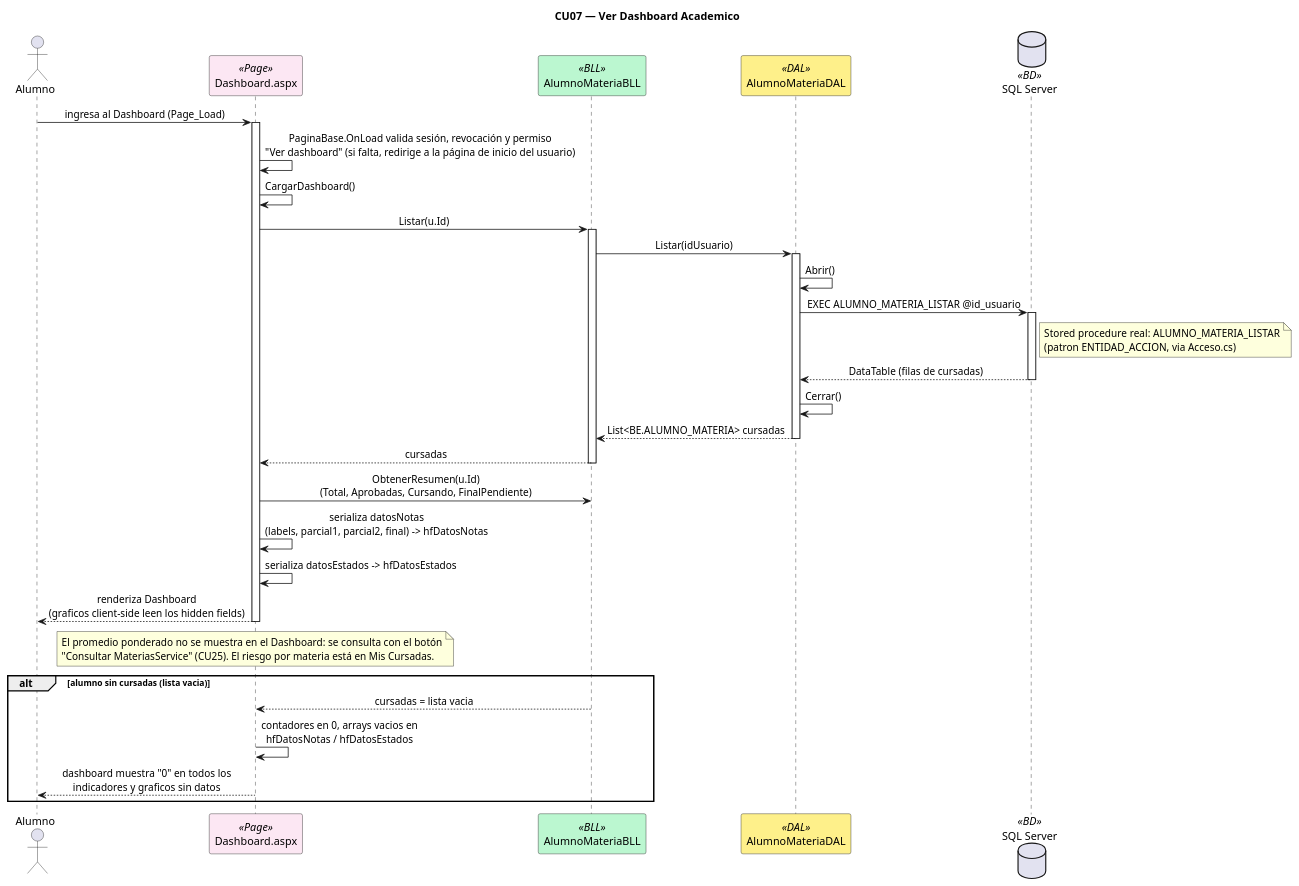
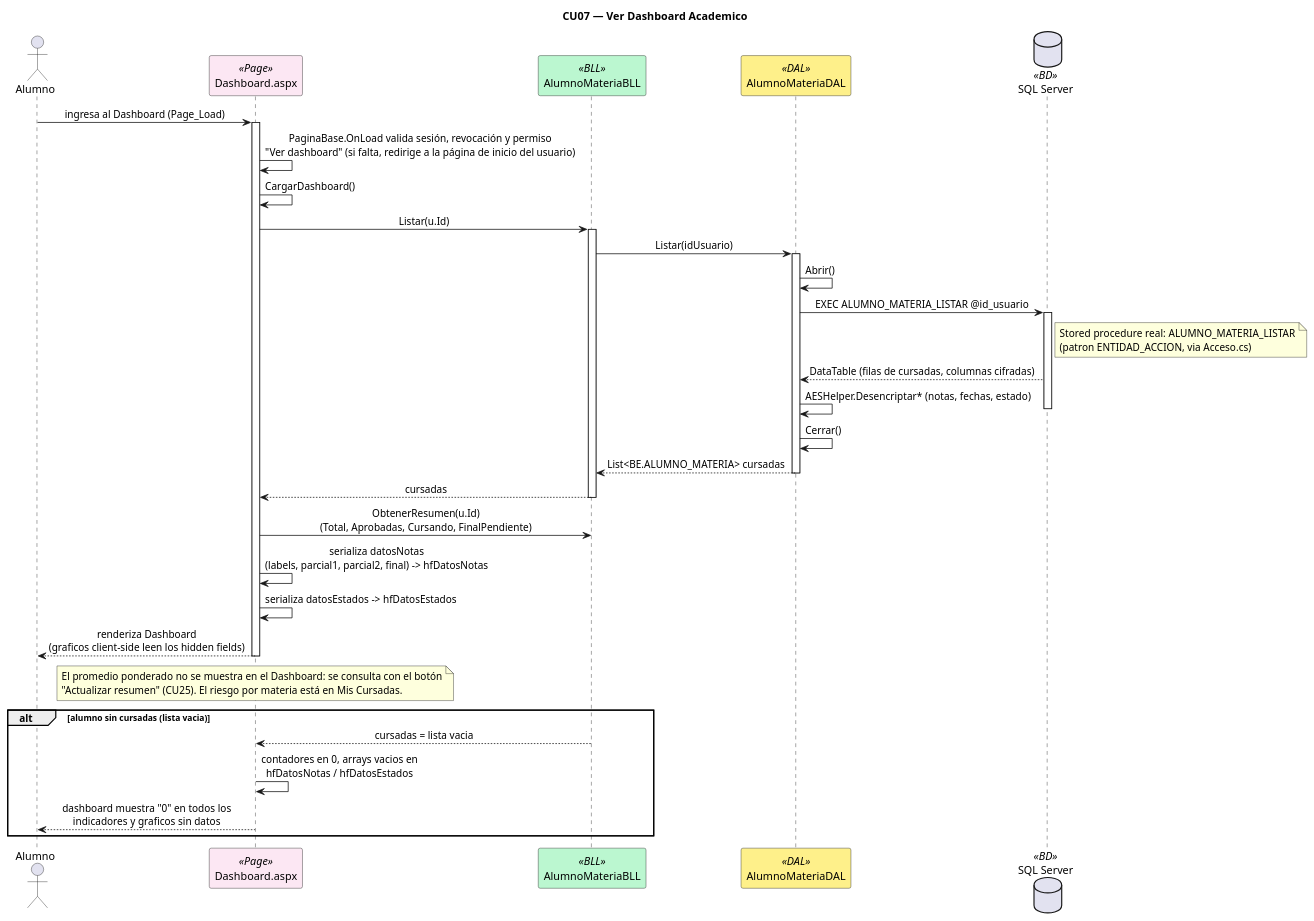
Before and after one commit to Urrels/tpDYAWeb: the diagram in DIAGRAMAS/Secuencia_CU07_VerDashboard.puml, drawn with PlantUML. The commit also changed 16 other files, not shown here.

```diff
--- a/DIAGRAMAS/Secuencia_CU07_VerDashboard.puml
+++ b/DIAGRAMAS/Secuencia_CU07_VerDashboard.puml
@@ -1,57 +1,58 @@
 @startuml Secuencia_CU07_VerDashboard
 title CU07 — Ver Dashboard Academico
 skinparam sequenceMessageAlign center
 skinparam shadowing false
 skinparam sequenceParticipant {
     BackgroundColor<<Page>> #FCE7F3
     BackgroundColor<<BLL>> #BBF7D0
     BackgroundColor<<DAL>> #FEF08A
     BackgroundColor<<BD>> #DBEAFE
 }
 
 actor Alumno as A
 participant "Dashboard.aspx" as PAGE <<Page>>
 participant "AlumnoMateriaBLL" as BLL <<BLL>>
 participant "AlumnoMateriaDAL" as DAL <<DAL>>
 database "SQL Server" as DB <<BD>>
 
 A -> PAGE : ingresa al Dashboard (Page_Load)
 activate PAGE
 PAGE -> PAGE : PaginaBase.OnLoad valida sesión, revocación y permiso\n"Ver dashboard" (si falta, redirige a la página de inicio del usuario)
 PAGE -> PAGE : CargarDashboard()
 PAGE -> BLL : Listar(u.Id)
 activate BLL
 BLL -> DAL : Listar(idUsuario)
 activate DAL
 DAL -> DAL : Abrir()
 DAL -> DB : EXEC ALUMNO_MATERIA_LISTAR @id_usuario
 activate DB
 note right of DB
   Stored procedure real: ALUMNO_MATERIA_LISTAR
   (patron ENTIDAD_ACCION, via Acceso.cs)
 end note
-DB --> DAL : DataTable (filas de cursadas)
+DB --> DAL : DataTable (filas de cursadas, columnas cifradas)
+DAL -> DAL : AESHelper.Desencriptar* (notas, fechas, estado)
 deactivate DB
 DAL -> DAL : Cerrar()
 DAL --> BLL : List<BE.ALUMNO_MATERIA> cursadas
 deactivate DAL
 BLL --> PAGE : cursadas
 deactivate BLL
 PAGE -> BLL : ObtenerResumen(u.Id)\n(Total, Aprobadas, Cursando, FinalPendiente)
 PAGE -> PAGE : serializa datosNotas\n(labels, parcial1, parcial2, final) -> hfDatosNotas
 PAGE -> PAGE : serializa datosEstados -> hfDatosEstados
 PAGE --> A : renderiza Dashboard\n(graficos client-side leen los hidden fields)
 deactivate PAGE
 
 note over PAGE
   El promedio ponderado no se muestra en el Dashboard: se consulta con el botón
-  "Consultar MateriasService" (CU25). El riesgo por materia está en Mis Cursadas.
+  "Actualizar resumen" (CU25). El riesgo por materia está en Mis Cursadas.
 end note
 
 alt alumno sin cursadas (lista vacia)
   BLL --> PAGE : cursadas = lista vacia
   PAGE -> PAGE : contadores en 0, arrays vacios en\nhfDatosNotas / hfDatosEstados
   PAGE --> A : dashboard muestra "0" en todos los\nindicadores y graficos sin datos
 end
 
 @enduml
```
